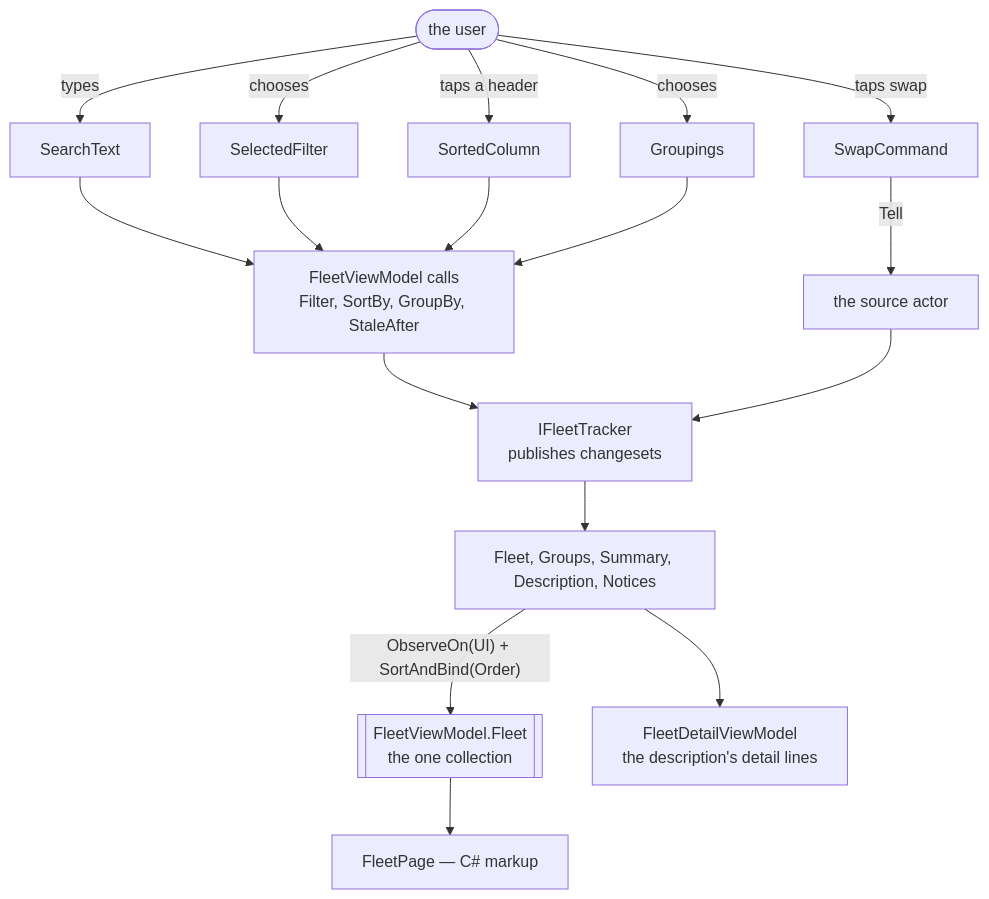
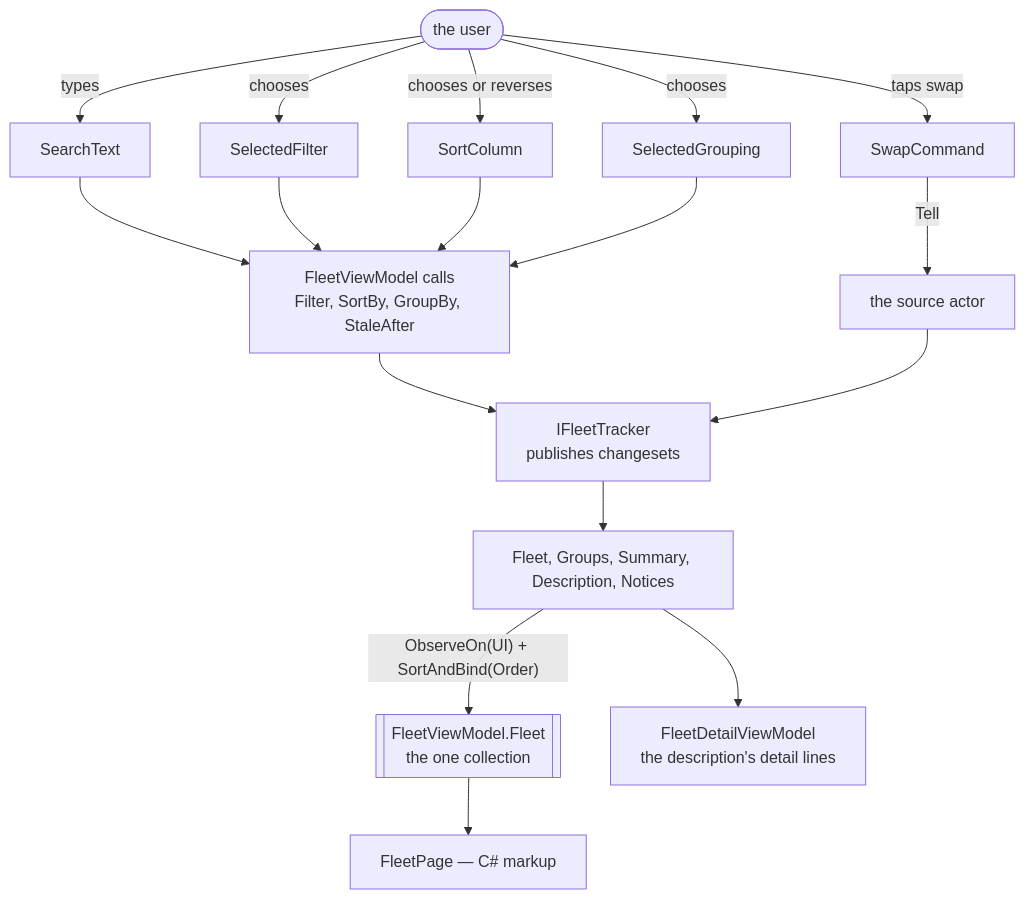
One commit to RLittlesII/Transporter changed the first of 3 diagrams in src/Transporter/Features/Fleet/.spec/README.md. Above: the diagram before and after it, drawn with Mermaid. The commit also changed other lines of this file and 7 other files, not shown here.

First line of the commit message:
fix(0090): the filter, grouping and sort choosers change the fleet (#100)

````diff
--- a/src/Transporter/Features/Fleet/.spec/README.md
+++ b/src/Transporter/Features/Fleet/.spec/README.md
@@ -315,20 +318,20 @@
 ```mermaid
 flowchart TD
     user([the user])
     user -->|types| search["SearchText"]
     user -->|chooses| filter["SelectedFilter"]
-    user -->|taps a header| sortedColumn["SortedColumn"]
-    user -->|chooses| grouping["Groupings"]
+    user -->|chooses or reverses| sortedColumn["SortColumn"]
+    user -->|chooses| grouping["SelectedGrouping"]
     user -->|taps swap| command["SwapCommand"]
     search --> query
     filter --> query
     sortedColumn --> query
     grouping --> query
     query["FleetViewModel calls<br/>Filter, SortBy, GroupBy, StaleAfter"] --> tracker
     command -->|Tell| actor["the source actor"]
     actor --> tracker
     tracker["IFleetTracker<br/>publishes changesets"] --> streams["Fleet, Groups, Summary, Description, Notices"]
     streams -->|"ObserveOn(UI) + SortAndBind(Order)"| bound[["FleetViewModel.Fleet<br/>the one collection"]]
     bound --> page["FleetPage — C# markup"]
     streams --> detail["FleetDetailViewModel<br/>the description's detail lines"]
 ```
````
